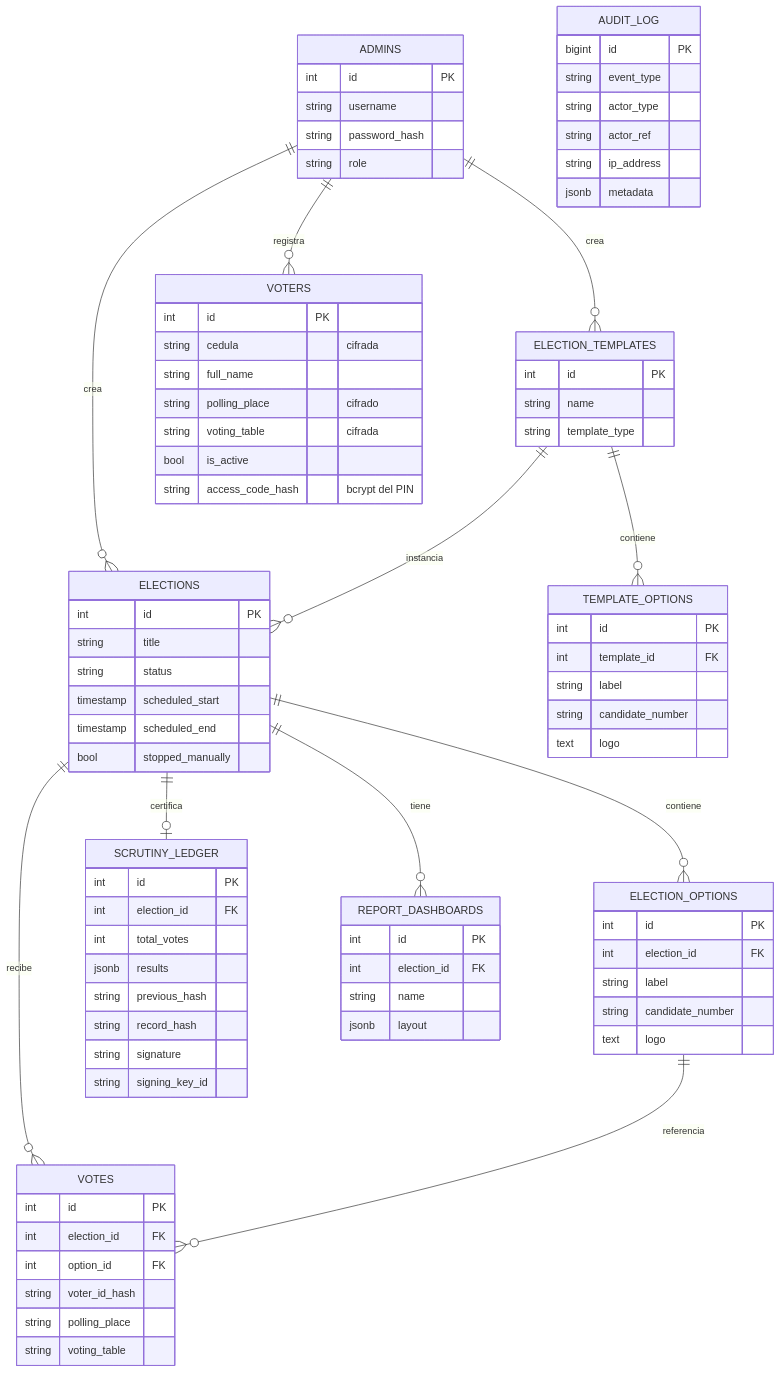
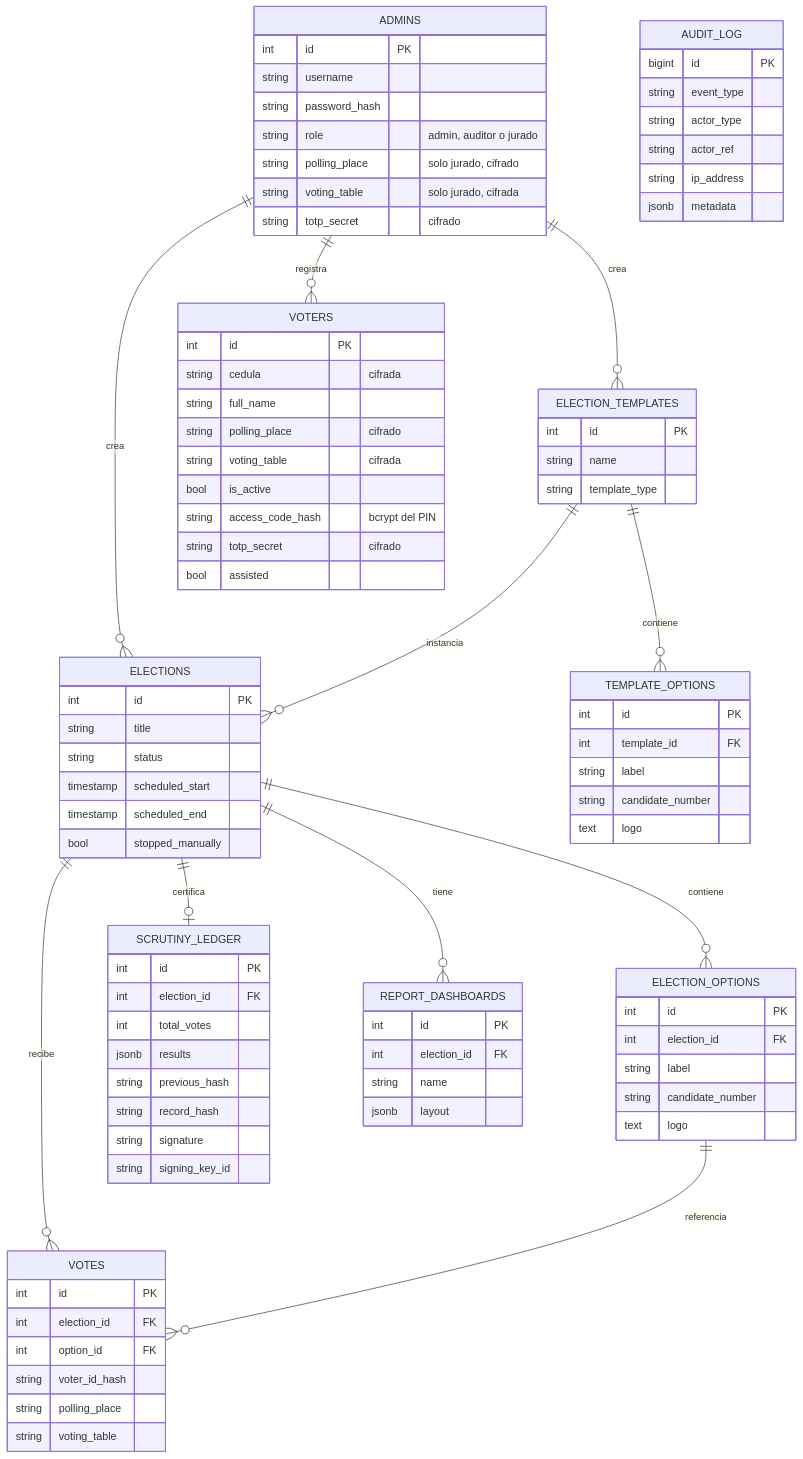
Before and after one commit to NicolasPineda1421/LiveMetric: the fifth of 5 diagrams in docs/manual-arquitectura.md, drawn with Mermaid. The commit also changed other lines of this file and 45 other files, not shown here.

First line of the commit message:
Segundo factor para votar (TOTP) y voto asistido por el jurado de la mesa

```diff
--- a/docs/manual-arquitectura.md
+++ b/docs/manual-arquitectura.md
@@ -355,7 +379,10 @@
         int id PK
         string username
         string password_hash
-        string role
+        string role "admin, auditor o jurado"
+        string polling_place "solo jurado, cifrado"
+        string voting_table "solo jurado, cifrada"
+        string totp_secret "cifrado"
     }
     VOTERS {
         int id PK
@@ -365,6 +392,8 @@
         string voting_table "cifrada"
         bool is_active
         string access_code_hash "bcrypt del PIN"
+        string totp_secret "cifrado"
+        bool assisted
     }
     ELECTION_TEMPLATES {
         int id PK
```
